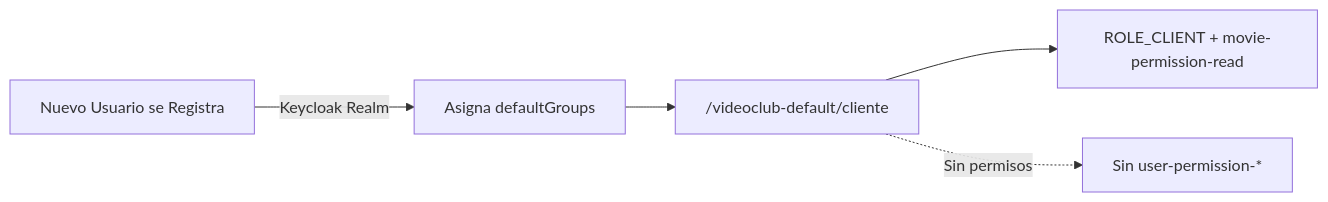
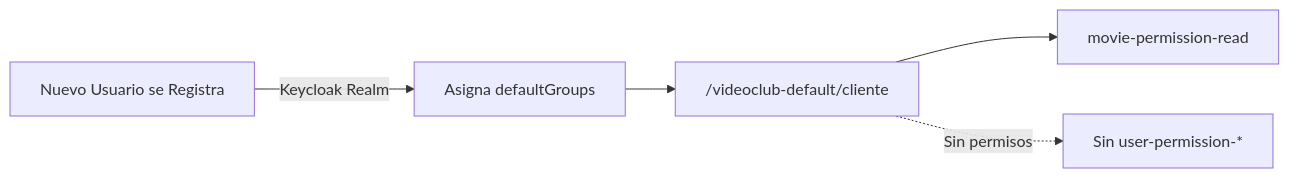
The fifth of 11 diagrams in docs/seguridad-oauth2-openid-connect-keycloak.md (hmunoz/springboot-sso), drawn with Mermaid before and after one commit. The commit also changed other lines of this file and 3 other files, not shown here.

Commit message:
refactor: remove realm-level roles and centralize authorization solely on client roles and groups

````diff
--- a/docs/seguridad-oauth2-openid-connect-keycloak.md
+++ b/docs/seguridad-oauth2-openid-connect-keycloak.md
@@ -185,7 +185,7 @@
 ```mermaid
 graph LR
     Reg["Nuevo Usuario se Registra"] -->|"Keycloak Realm"| KC["Asigna defaultGroups"]
     KC --> Group["/videoclub-default/cliente"]
-    Group --> Roles["ROLE_CLIENT + movie-permission-read"]
+    Group --> Roles["movie-permission-read"]
     Group -.->|"Sin permisos"| NoAdmin["Sin user-permission-*"]
 ```
````
